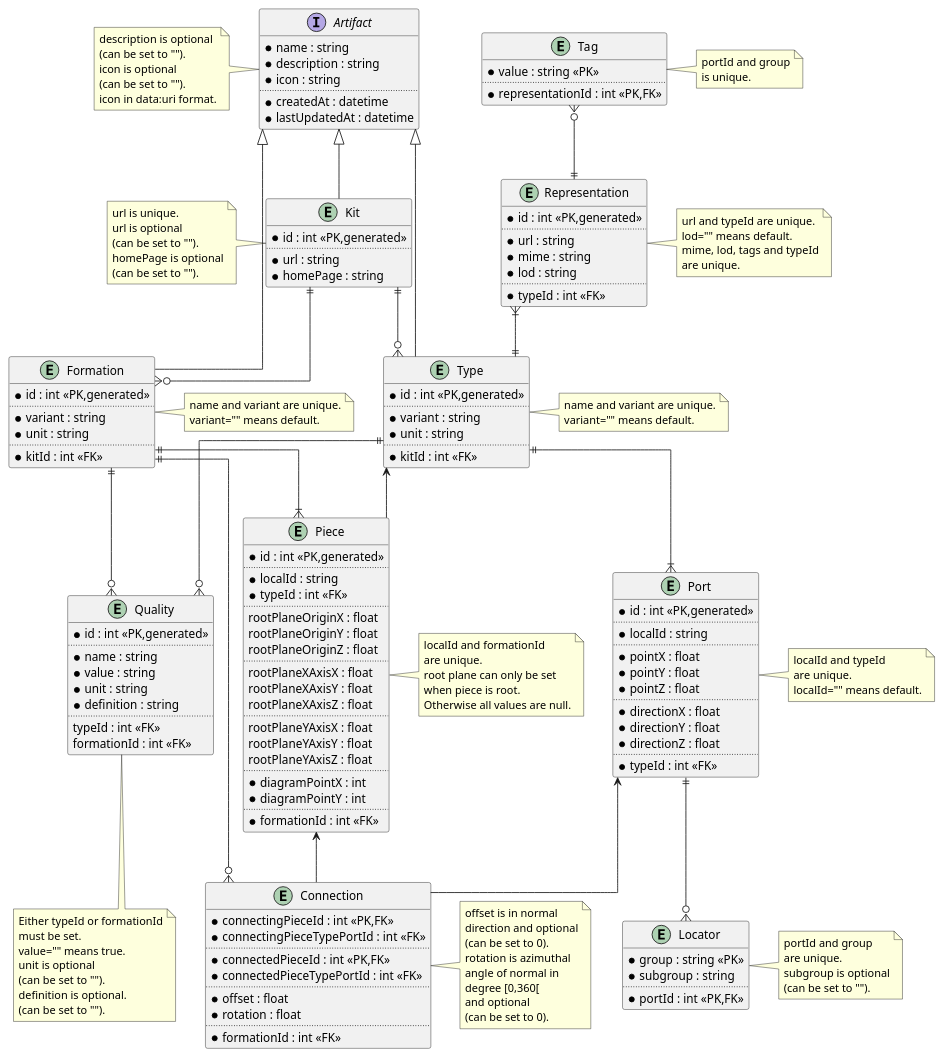
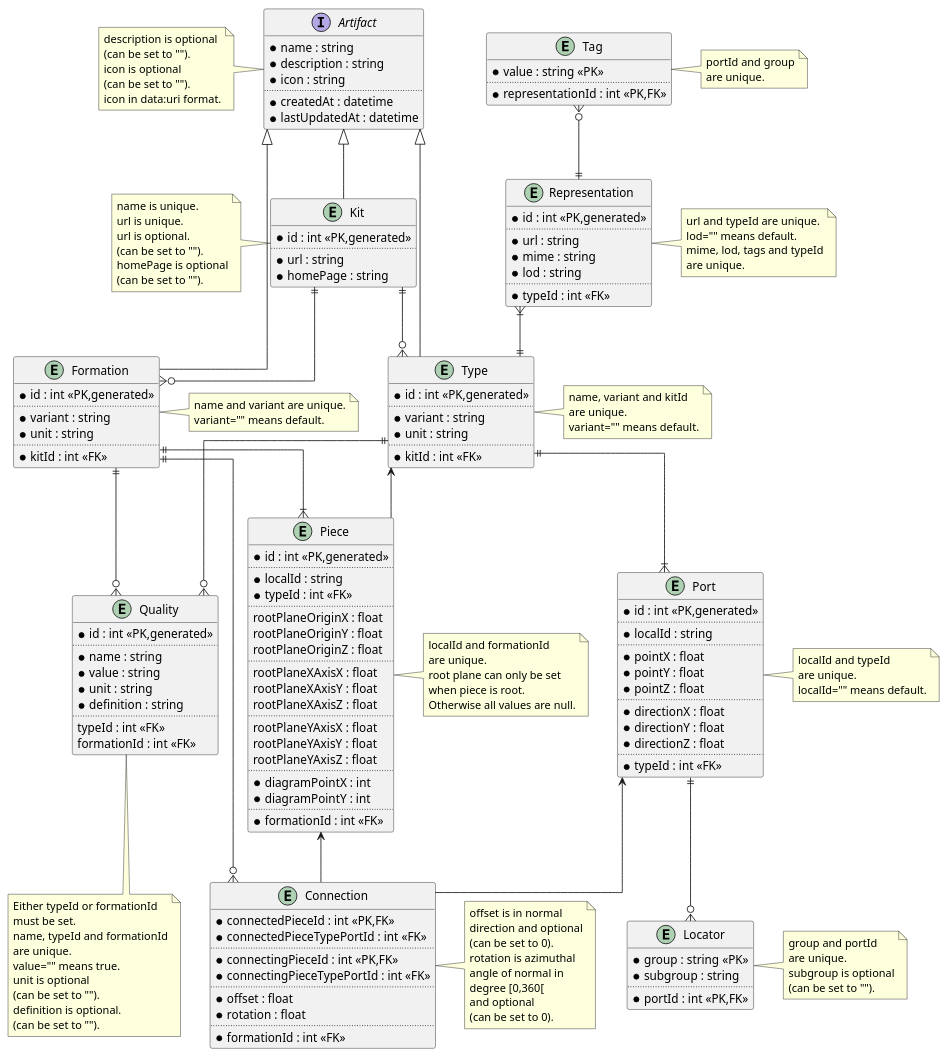
Before and after one commit to usalu/semio: the diagram in engineering/dataarchitecture.pu, drawn with PlantUML. The commit also changed 5 other files, not shown here.

```diff
--- a/engineering/dataarchitecture.pu
+++ b/engineering/dataarchitecture.pu
@@ -24,8 +24,9 @@
     *homePage : string
 }
 note left of Kit
+    name is unique.
     url is unique.
-    url is optional
+    url is optional.
     (can be set to "").
     homePage is optional
     (can be set to "").
@@ -40,7 +41,8 @@
     *kitId : int <<FK>>
 }
 note right of Type
-    name and variant are unique.
+    name, variant and kitId
+    are unique.
     variant="" means default.
 end note
 
@@ -67,7 +69,7 @@
 }
 note right of Tag
     portId and group
-    is unique.
+    are unique.
 end note
 
 
@@ -106,6 +108,8 @@
 note bottom of Quality
     Either typeId or formationId
     must be set.
+    name, typeId and formationId
+    are unique.
     value="" means true.
     unit is optional
     (can be set to "").
@@ -120,7 +124,7 @@
     *portId : int <<PK,FK>>
 }
 note right of Locator
-    portId and group
+    group and portId
     are unique.
     subgroup is optional
     (can be set to "").
@@ -158,11 +162,11 @@
 end note
 
 entity Connection {
+    *connectedPieceId : int <<PK,FK>>
+    *connectedPieceTypePortId : int <<FK>>
+    ..
     *connectingPieceId : int <<PK,FK>>
     *connectingPieceTypePortId : int <<FK>>
-    ..
-    *connectedPieceId : int <<PK,FK>>
-    *connectedPieceTypePortId : int <<FK>>
     ..
     *offset : float
     *rotation : float
```
